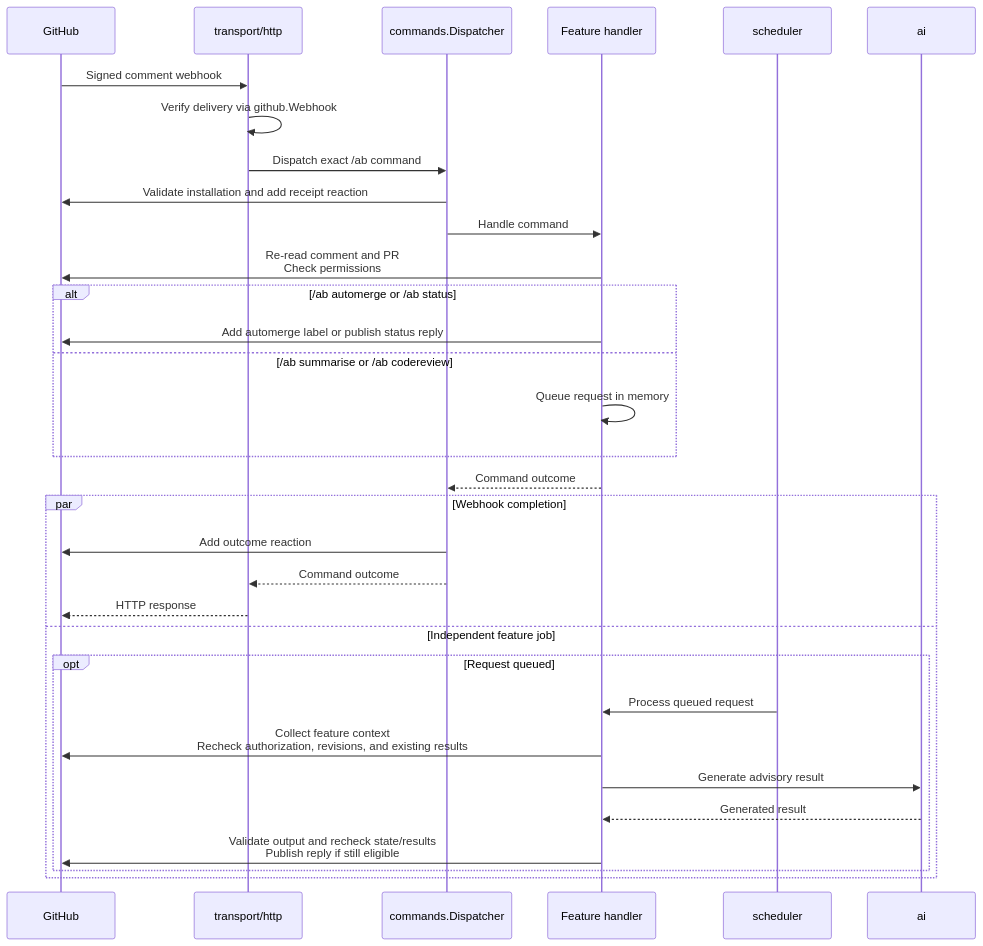
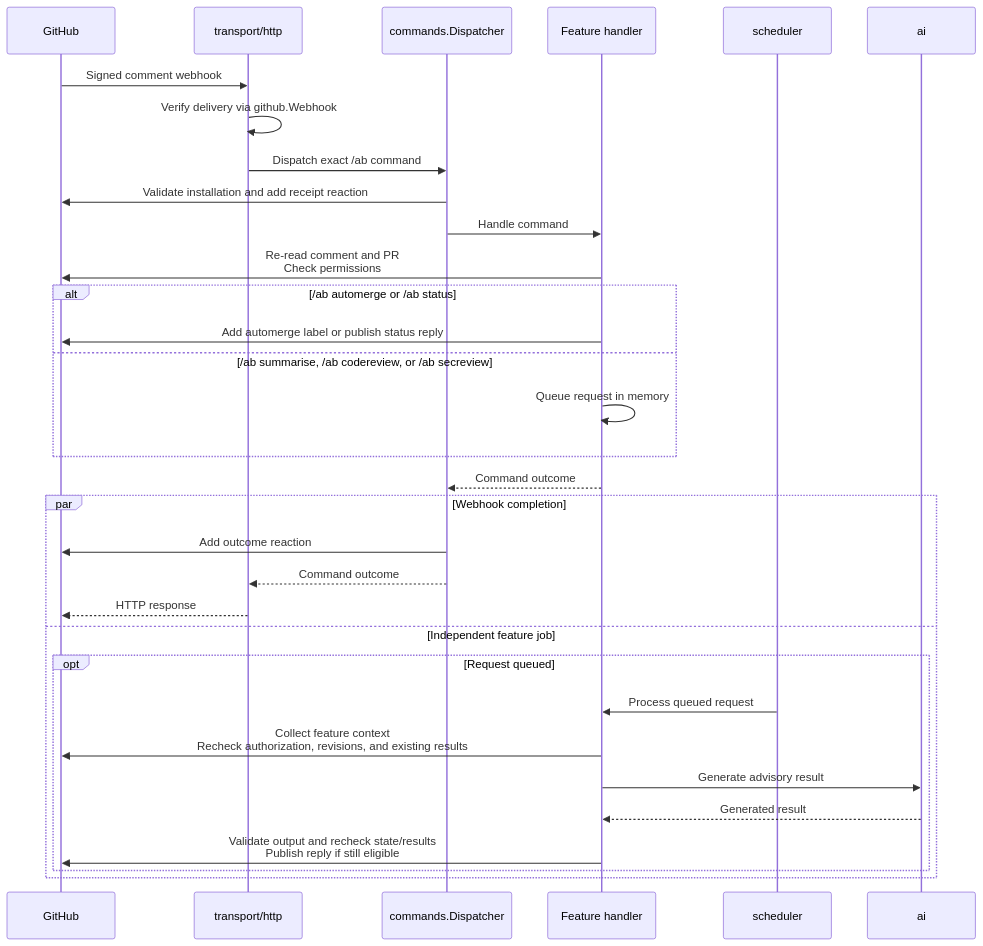
The second of 2 diagrams in README.md (alexfalkowski/abgleich), drawn with Mermaid before and after one commit. The commit also changed other lines of this file and 157 other files, not shown here.

````diff
--- a/README.md
+++ b/README.md
@@ -770,34 +901,34 @@
 ```mermaid
 sequenceDiagram
     participant G as GitHub
     participant H as transport/http
     participant D as commands.Dispatcher
     participant F as Feature handler
     participant S as scheduler
     participant A as ai
     G->>H: Signed comment webhook
     H->>H: Verify delivery via github.Webhook
     H->>D: Dispatch exact /ab command
     D->>G: Validate installation and add receipt reaction
     D->>F: Handle command
     F->>G: Re-read comment and PR<br/>Check permissions
     alt /ab automerge or /ab status
         F->>G: Add automerge label or publish status reply
-    else /ab summarise or /ab codereview
+    else /ab summarise, /ab codereview, or /ab secreview
         F->>F: Queue request in memory
     end
     F-->>D: Command outcome
     par Webhook completion
         D->>G: Add outcome reaction
         D-->>H: Command outcome
         H-->>G: HTTP response
     and Independent feature job
         opt Request queued
             S->>F: Process queued request
             F->>G: Collect feature context<br/>Recheck authorization, revisions, and existing results
             F->>A: Generate advisory result
             A-->>F: Generated result
             F->>G: Validate output and recheck state/results<br/>Publish reply if still eligible
         end
     end
 ```
````
